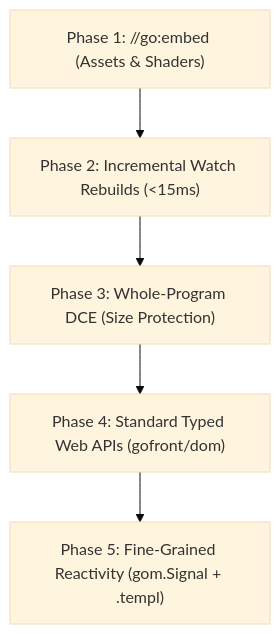
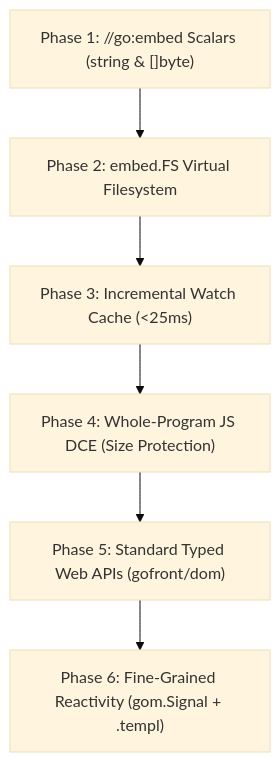
One commit to seriva/gofront changed the diagram in plans/v2.0.0/web-platform-evolution-plan.md. Above: the diagram before and after it, drawn with Mermaid (base theme). The commit also changed other lines of this file and 9 other files, not shown here.

````diff
--- a/plans/v2.0.0/web-platform-evolution-plan.md
+++ b/plans/v2.0.0/web-platform-evolution-plan.md
@@ -49,7 +62,8 @@
 ```mermaid
 flowchart TD
-    P1["Phase 1: //go:embed (Assets & Shaders)"] --> P2["Phase 2: Incremental Watch Rebuilds (<15ms)"]
-    P2 --> P3["Phase 3: Whole-Program DCE (Size Protection)"]
-    P3 --> P4["Phase 4: Standard Typed Web APIs (gofront/dom)"]
-    P4 --> P5["Phase 5: Fine-Grained Reactivity (gom.Signal + .templ)"]
+    P1["Phase 1: //go:embed Scalars (string & []byte)"] --> P2["Phase 2: embed.FS Virtual Filesystem"]
+    P2 --> P3["Phase 3: Incremental Watch Cache (<25ms)"]
+    P3 --> P4["Phase 4: Whole-Program JS DCE (Size Protection)"]
+    P4 --> P5["Phase 5: Standard Typed Web APIs (gofront/dom)"]
+    P5 --> P6["Phase 6: Fine-Grained Reactivity (gom.Signal + .templ)"]
 ```
````
